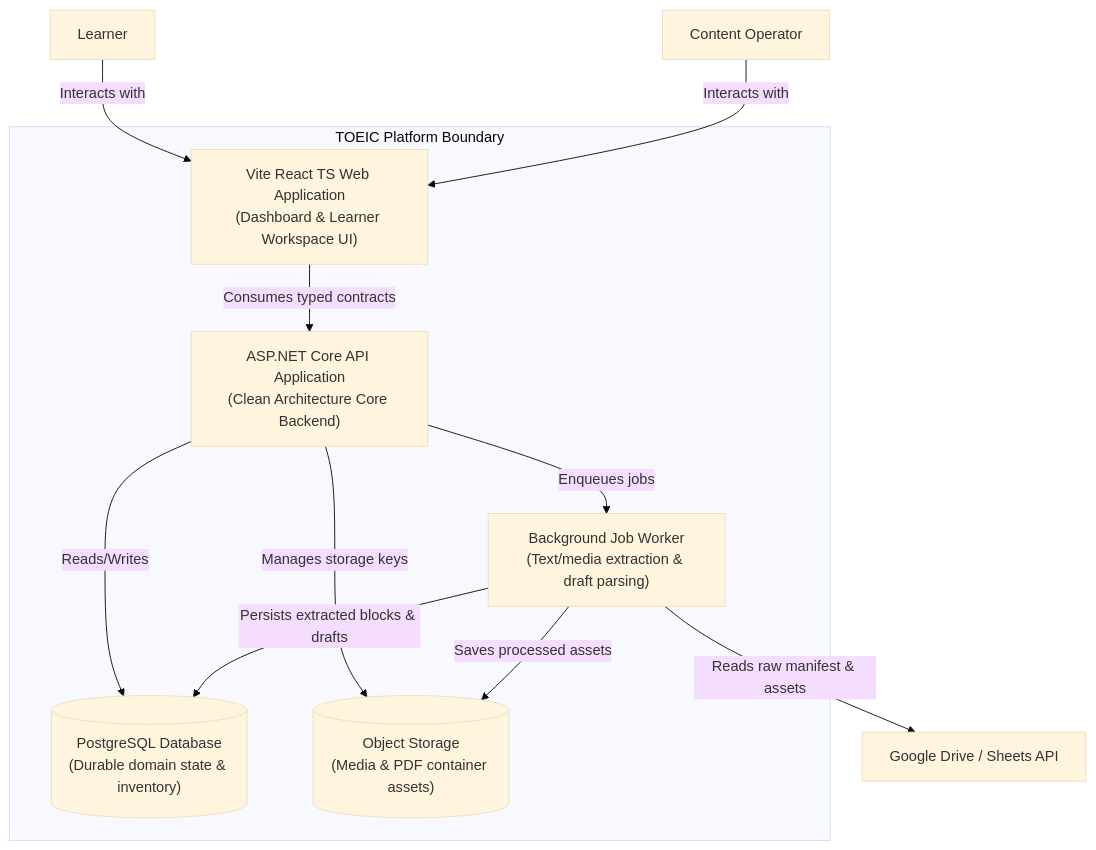
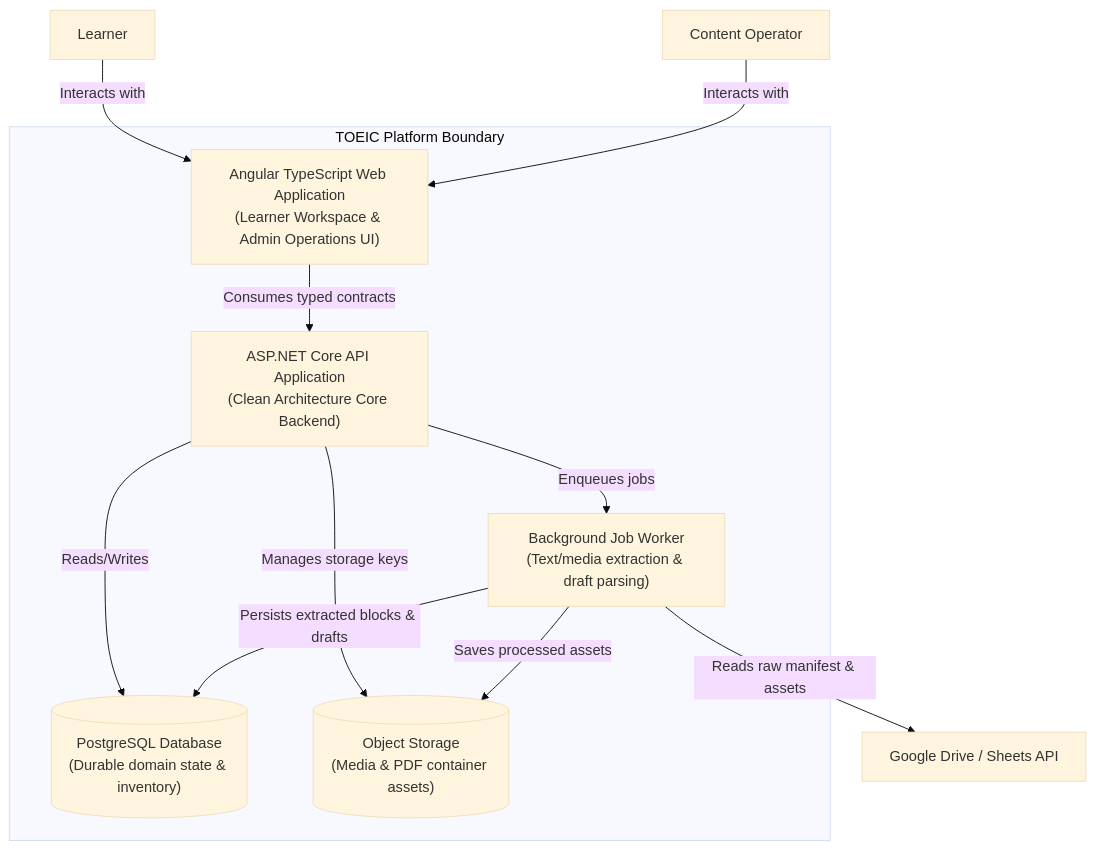
One commit to VoDaiLocz/clean-architecture-template changed the second of 2 diagrams in docs/product/05-technical-architecture.md. Above: the diagram before and after it, drawn with Mermaid (base theme). The commit also changed other lines of this file and 21 other files, not shown here.

````diff
--- a/docs/product/05-technical-architecture.md
+++ b/docs/product/05-technical-architecture.md
@@ -35,28 +35,28 @@
 ```mermaid
 graph TD
     Learner["Learner"]
     Operator["Content Operator"]
     
     subgraph Platform ["TOEIC Platform Boundary"]
-        WebApp["Vite React TS Web Application<br/>(Dashboard & Learner Workspace UI)"]
+        WebApp["Angular TypeScript Web Application<br/>(Learner Workspace & Admin Operations UI)"]
         ApiApp["ASP.NET Core API Application<br/>(Clean Architecture Core Backend)"]
         Worker["Background Job Worker<br/>(Text/media extraction & draft parsing)"]
         
         DB[("PostgreSQL Database<br/>(Durable domain state & inventory)")]
         Storage[("Object Storage<br/>(Media & PDF container assets)")]
     end
     
     ExternalGDrive["Google Drive / Sheets API"]
     
     Learner -->|Interacts with| WebApp
     Operator -->|Interacts with| WebApp
     
     WebApp -->|Consumes typed contracts| ApiApp
     ApiApp -->|Reads/Writes| DB
     ApiApp -->|Manages storage keys| Storage
     ApiApp -->|Enqueues jobs| Worker
     
     Worker -->|Reads raw manifest & assets| ExternalGDrive
     Worker -->|Saves processed assets| Storage
     Worker -->|Persists extracted blocks & drafts| DB
 ```
````
